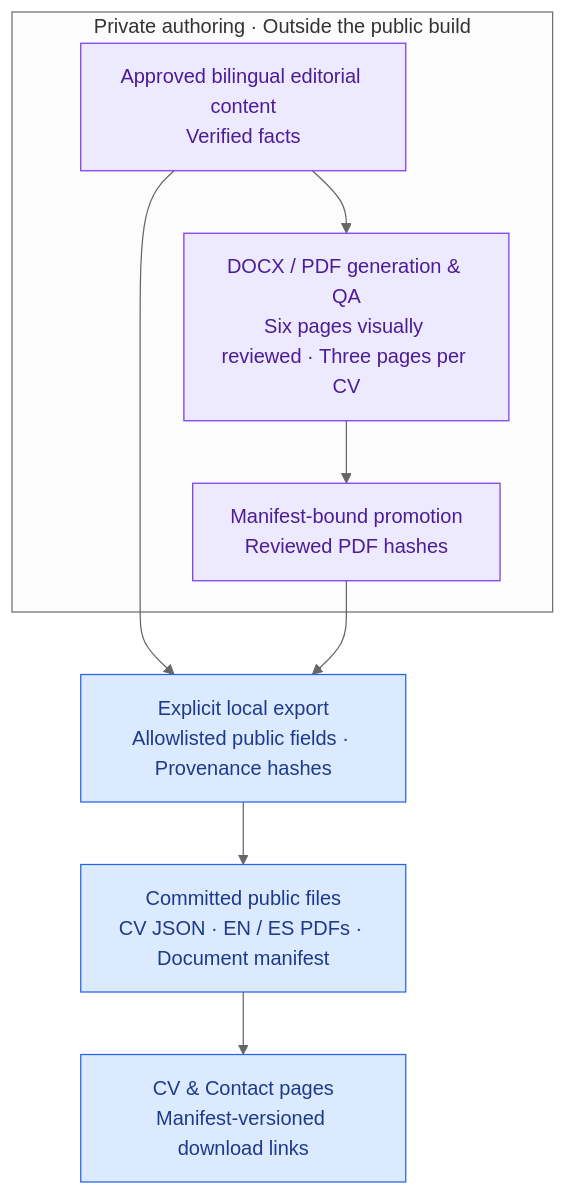
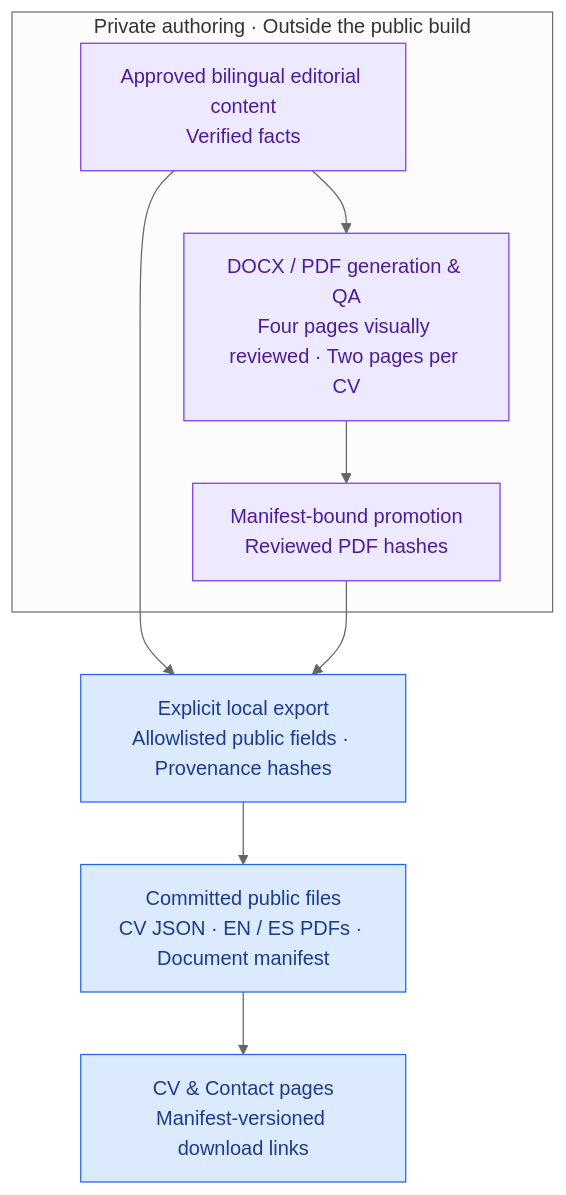
Before and after one commit to gonzalomartinperez/portfolio: the third of 4 diagrams in docs/architecture.md, drawn with Mermaid (neutral theme). The commit also changed other lines of this file and 37 other files, not shown here.

````diff
--- a/docs/architecture.md
+++ b/docs/architecture.md
@@ -147,19 +147,19 @@
 ```mermaid
 flowchart TB
     subgraph AUTHORING["Private authoring · Outside the public build"]
         SOURCE["Approved bilingual editorial content<br/>Verified facts"]
-        REVIEW["DOCX / PDF generation & QA<br/>Six pages visually reviewed · Three pages per CV"]
+        REVIEW["DOCX / PDF generation & QA<br/>Four pages visually reviewed · Two pages per CV"]
         RELEASE["Manifest-bound promotion<br/>Reviewed PDF hashes"]
         SOURCE --> REVIEW --> RELEASE
     end
     EXPORT["Explicit local export<br/>Allowlisted public fields · Provenance hashes"]
     PUBLIC["Committed public files<br/>CV JSON · EN / ES PDFs · Document manifest"]
     SITE["CV & Contact pages<br/>Manifest-versioned download links"]
     SOURCE --> EXPORT
     RELEASE --> EXPORT
     EXPORT --> PUBLIC --> SITE
     classDef private fill:#ede9fe,stroke:#7c3aed,color:#4c1d95;
     classDef public fill:#dbeafe,stroke:#2563eb,color:#1e3a8a;
     class SOURCE,REVIEW,RELEASE private;
     class EXPORT,PUBLIC,SITE public;
 ```
````
